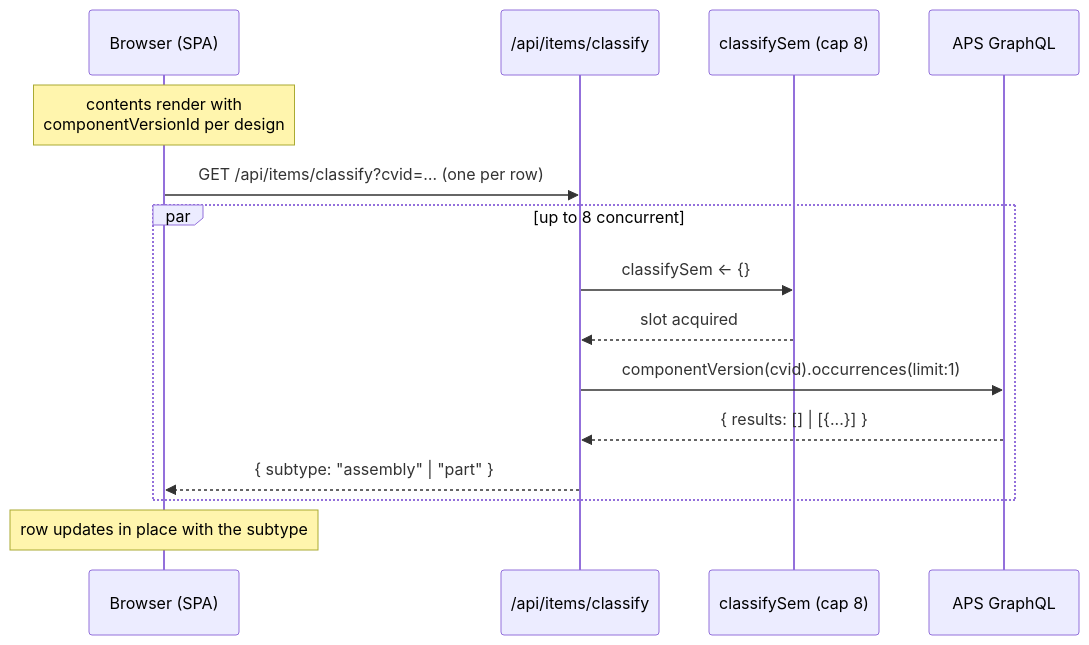
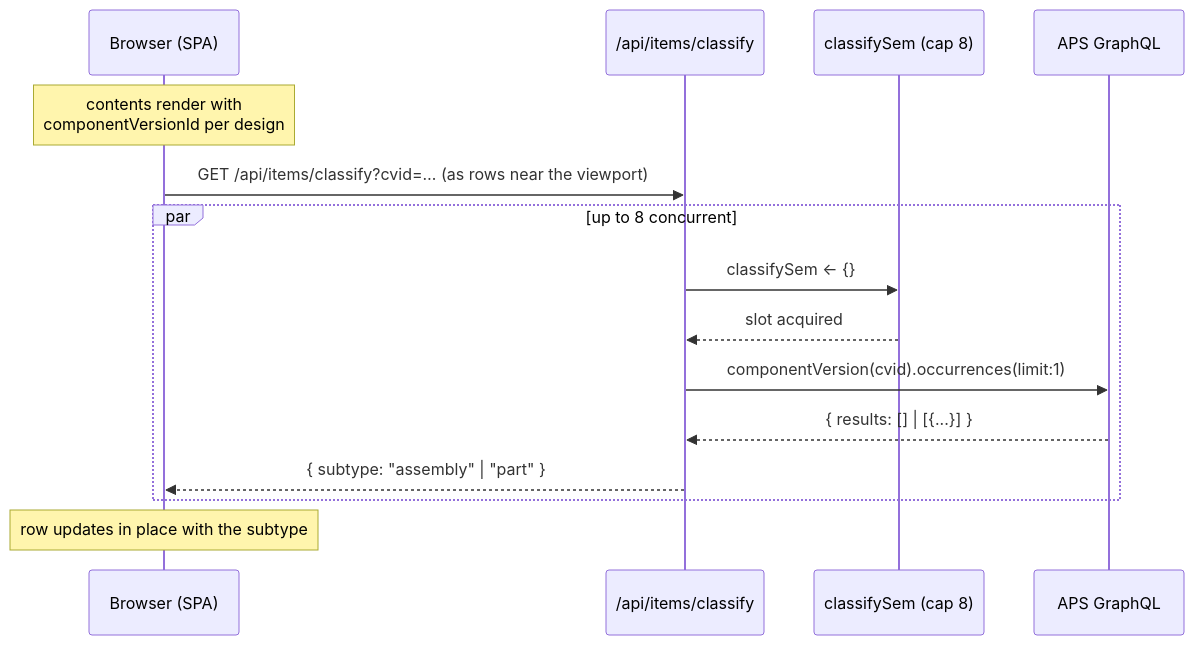
One commit to schneik80/FusionOnPremServer changed the seventh of 7 diagrams in docs/architecture.md. Above: the diagram before and after it, drawn with Mermaid. The commit also changed other lines of this file and 20 other files, not shown here.

````diff
--- a/docs/architecture.md
+++ b/docs/architecture.md
@@ -250,18 +300,18 @@
 ```mermaid
 sequenceDiagram
     participant B as Browser (SPA)
     participant H as /api/items/classify
     participant Sem as classifySem (cap 8)
     participant APS as APS GraphQL
 
     Note over B: contents render with<br/>componentVersionId per design
-    B->>H: GET /api/items/classify?cvid=… (one per row)
+    B->>H: GET /api/items/classify?cvid=… (as rows near the viewport)
     par up to 8 concurrent
         H->>Sem: classifySem <- {}
         Sem-->>H: slot acquired
         H->>APS: componentVersion(cvid).occurrences(limit:1)
         APS-->>H: { results: [] | [{...}] }
         H-->>B: { subtype: "assembly" | "part" }
     end
     Note over B: row updates in place with the subtype
 ```
````
